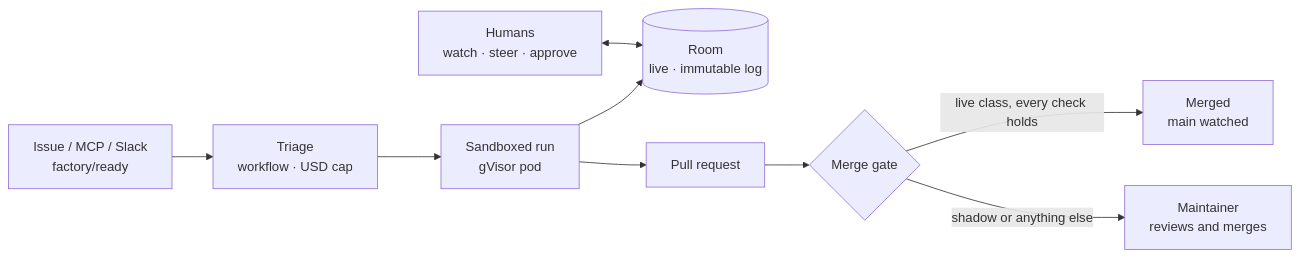
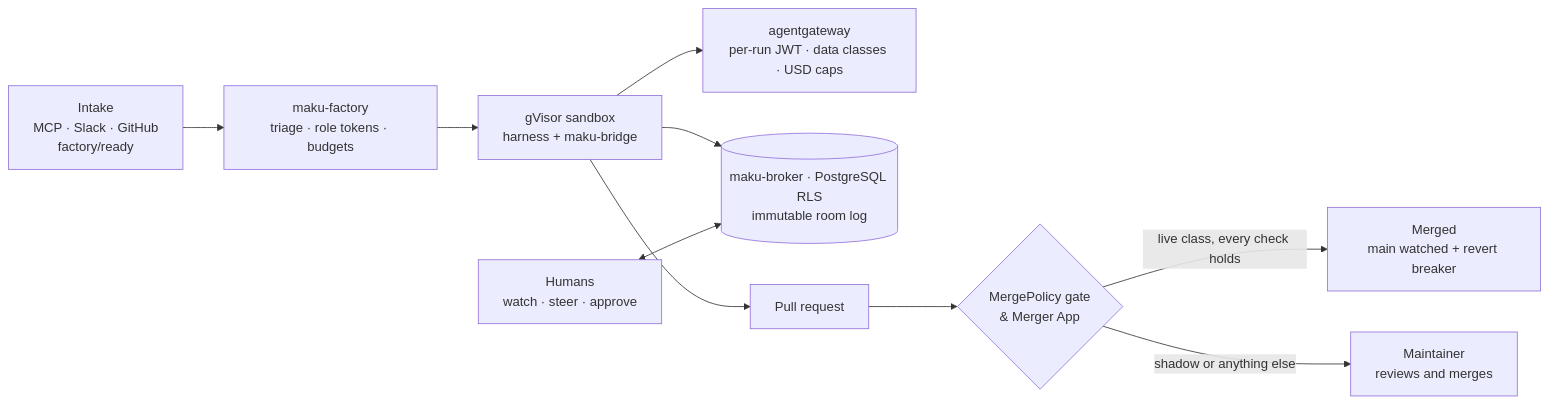
Before and after one commit to Smana/maku: the diagram in README.md, drawn with Mermaid. The commit also changed other lines of this file and 6 other files, not shown here.

````diff
--- a/README.md
+++ b/README.md
@@ -76,9 +82,10 @@
 ```mermaid
 flowchart LR
-  issue["Issue / MCP / Slack<br/>factory/ready"] --> triage["Triage<br/>workflow · USD cap"] --> run["Sandboxed run<br/>gVisor pod"]
-  run --> room[("Room<br/>live · immutable log")]
-  humans["Humans<br/>watch · steer · approve"] <--> room
-  run --> pr["Pull request"] --> gate{"Merge gate"}
-  gate -->|"live class, every check holds"| merged["Merged<br/>main watched"]
+  intake["Intake<br/>MCP · Slack · GitHub<br/>factory/ready"] --> factory["maku-factory<br/>triage · role tokens · budgets"] --> sandbox["gVisor sandbox<br/>harness + maku-bridge"]
+  sandbox --> gw["agentgateway<br/>per-run JWT · data classes · USD caps"]
+  sandbox --> broker[("maku-broker · PostgreSQL RLS<br/>immutable room log")]
+  humans["Humans<br/>watch · steer · approve"] <--> broker
+  sandbox --> pr["Pull request"] --> gate{"MergePolicy gate<br/>& Merger App"}
+  gate -->|"live class, every check holds"| merged["Merged<br/>main watched + revert breaker"]
   gate -->|"shadow or anything else"| human["Maintainer<br/>reviews and merges"]
 ```
````
